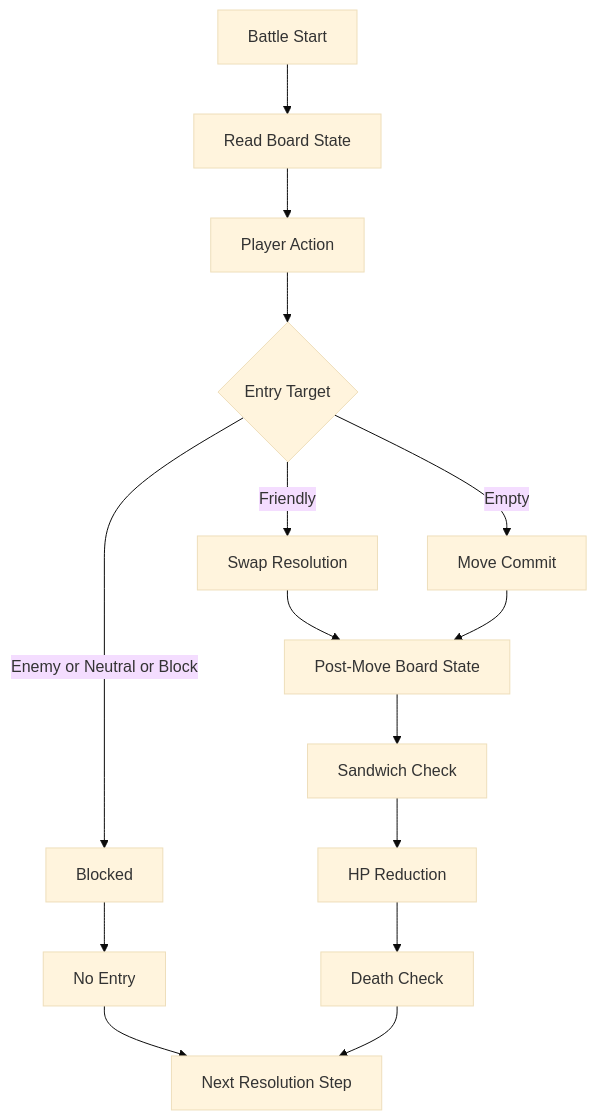
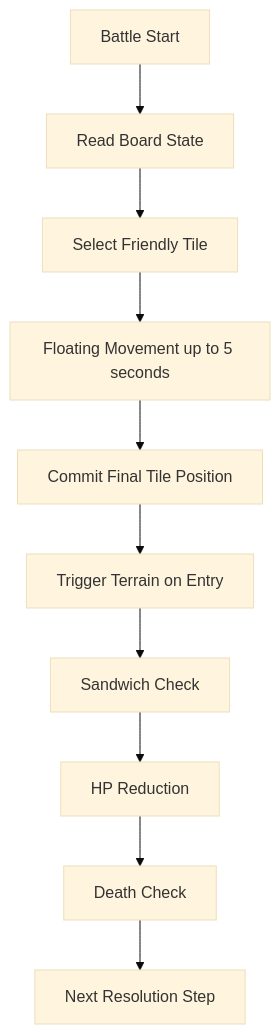
Before and after one commit to darkbard81/TerraBattle: the diagram in src/game/battle/battle-rules.md, drawn with Mermaid (base theme). The commit also changed other lines of this file and 1 other file, not shown here.

Commit message:
Add movement rules and refine battle rules

````diff
--- a/src/game/battle/battle-rules.md
+++ b/src/game/battle/battle-rules.md
@@ -141,17 +155,12 @@
 ```mermaid
 flowchart TD
     A[Battle Start] --> B[Read Board State]
-    B --> C[Player Action]
-    C --> D{Entry Target}
-    D -- Friendly --> E[Swap Resolution]
-    D -- Enemy or Neutral or Block --> F[Blocked]
-    D -- Empty --> G[Move Commit]
-    E --> H[Post-Move Board State]
-    G --> H
-    F --> I[No Entry]
+    B --> C[Select Friendly Tile]
+    C --> D[Floating Movement up to 5 seconds]
+    D --> E[Commit Final Tile Position]
+    E --> F[Trigger Terrain on Entry]
+    F --> G[Sandwich Check]
+    G --> H[HP Reduction]
+    H --> I[Death Check]
     I --> J[Next Resolution Step]
-    H --> K[Sandwich Check]
-    K --> L[HP Reduction]
-    L --> M[Death Check]
-    M --> J[Next Resolution Step]
 ```
````
